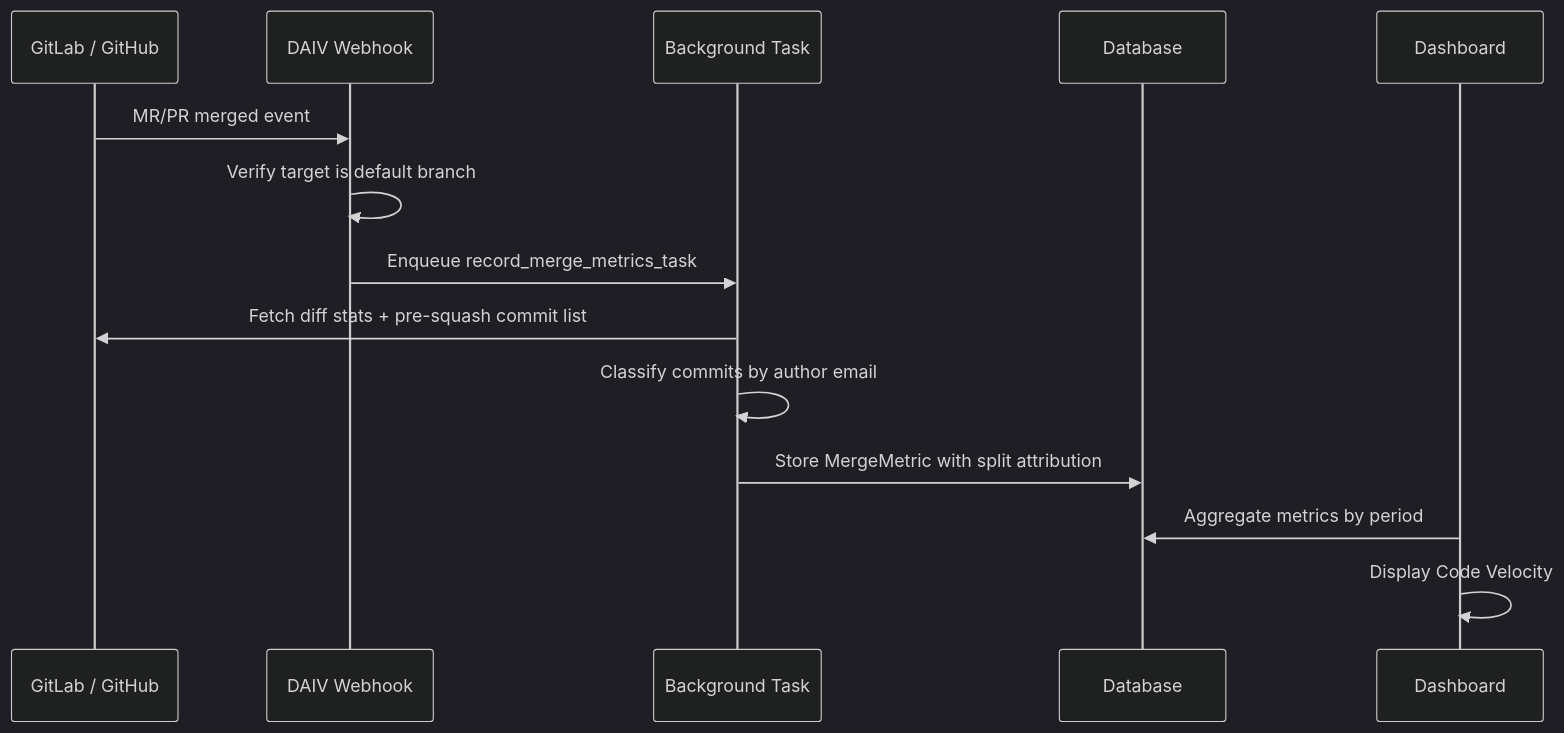
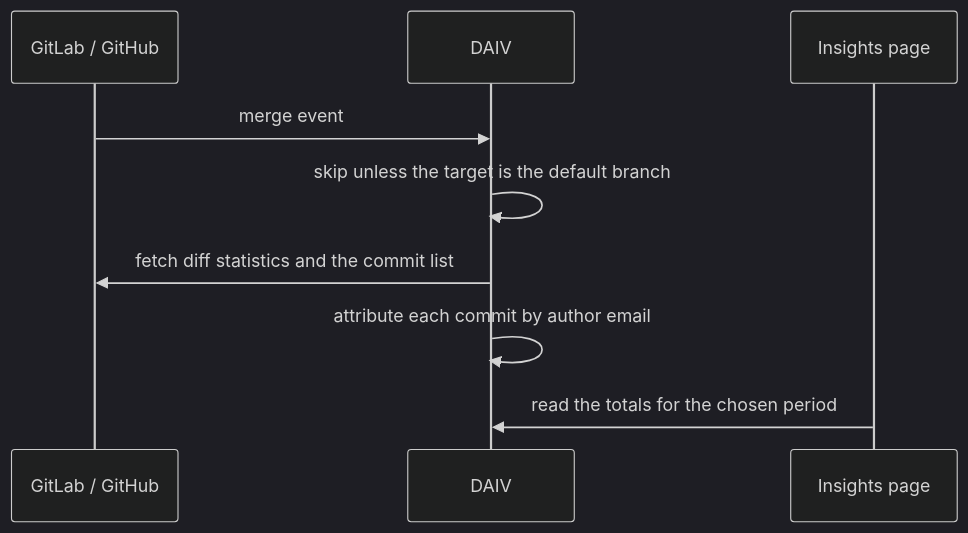
The diagram in docs/features/merge-metrics.md (srtab/daiv), drawn with Mermaid (dark theme) before and after one commit. The commit also changed other lines of this file and 8 other files, not shown here.

Commit message:
docs(features): Rework issue-addressing, pull-request-assistant, pipeline-watch, merge-metrics, slash-commands and orchestration per the docs rules

````diff
--- a/docs/features/merge-metrics.md
+++ b/docs/features/merge-metrics.md
@@ -13,17 +13,12 @@
 ```mermaid
 sequenceDiagram
     participant Platform as GitLab / GitHub
-    participant Webhook as DAIV Webhook
-    participant Task as Background Task
-    participant DB as Database
-    participant Dashboard as Dashboard
+    participant DAIV as DAIV
+    participant Dashboard as Insights page
 
-    Platform->>Webhook: MR/PR merged event
-    Webhook->>Webhook: Verify target is default branch
-    Webhook->>Task: Enqueue record_merge_metrics_task
-    Task->>Platform: Fetch diff stats + pre-squash commit list
-    Task->>Task: Classify commits by author email
-    Task->>DB: Store MergeMetric with split attribution
-    Dashboard->>DB: Aggregate metrics by period
-    Dashboard->>Dashboard: Display Code Velocity
+    Platform->>DAIV: merge event
+    DAIV->>DAIV: skip unless the target is the default branch
+    DAIV->>Platform: fetch diff statistics and the commit list
+    DAIV->>DAIV: attribute each commit by author email
+    Dashboard->>DAIV: read the totals for the chosen period
 ```
````
